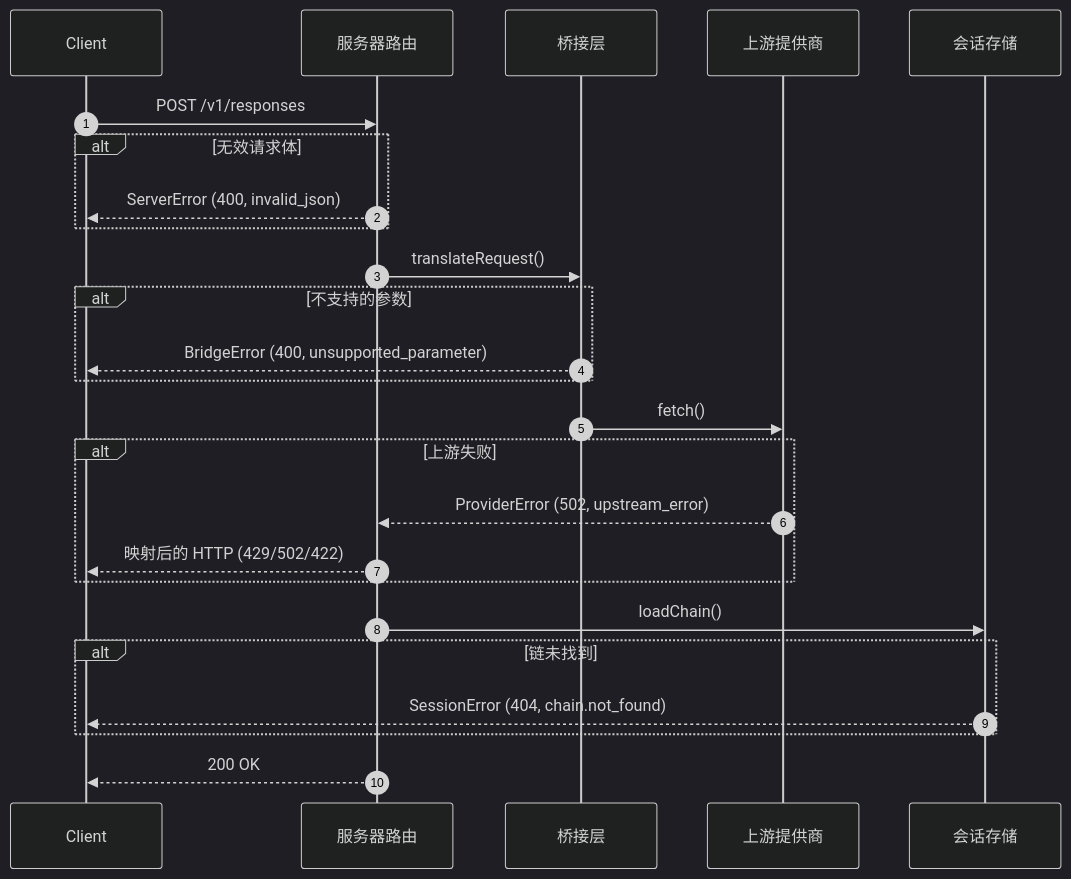
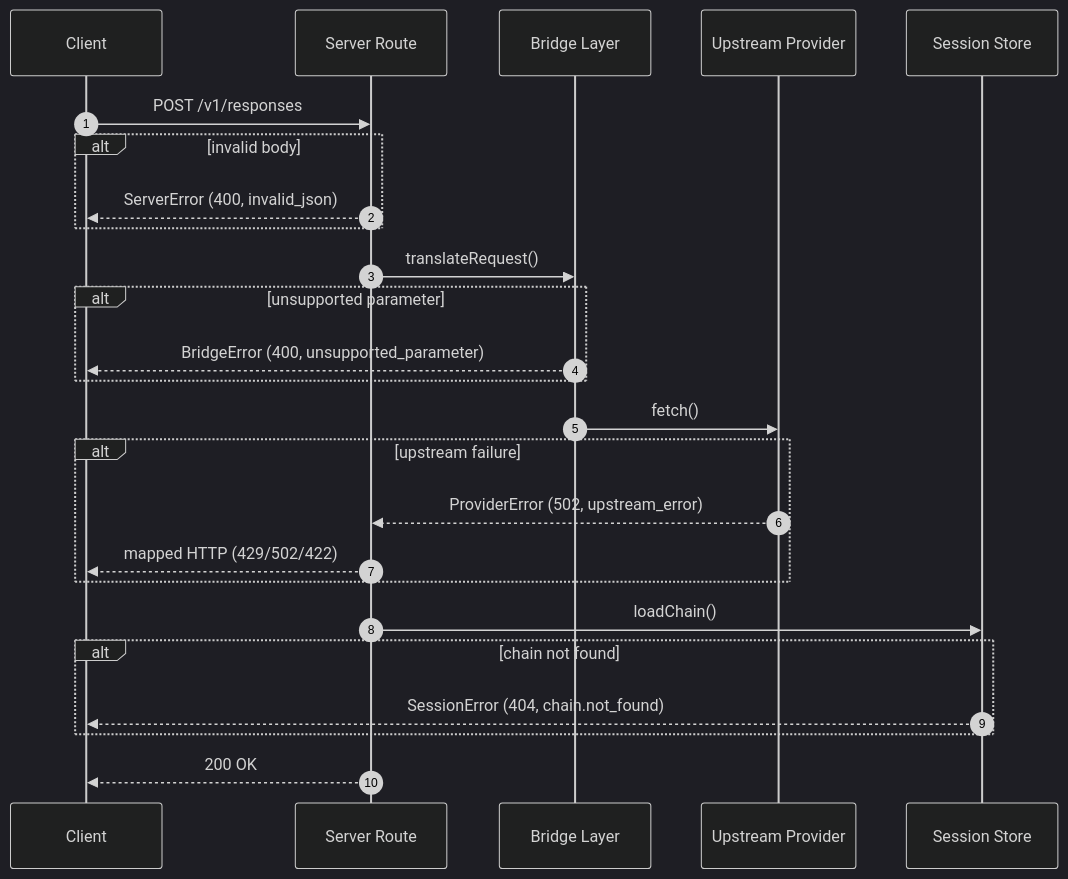
The third of 4 diagrams in wiki/zh/06-error-handling/error-handling.md (Ahoo-Wang/GodeX), drawn with Mermaid (dark theme) before and after one commit. The commit also changed other lines of this file and 36 other files, not shown here.

````diff
--- a/wiki/zh/06-error-handling/error-handling.md
+++ b/wiki/zh/06-error-handling/error-handling.md
@@ -149,28 +154,28 @@
 ```mermaid
 sequenceDiagram
     autonumber
     participant Client
-    participant Server as 服务器路由
-    participant Bridge as 桥接层
-    participant Provider as 上游提供商
-    participant Store as 会话存储
+    participant Server as Server Route
+    participant Bridge as Bridge Layer
+    participant Provider as Upstream Provider
+    participant Store as Session Store
 
     Client->>Server: POST /v1/responses
-    alt 无效请求体
+    alt invalid body
         Server-->>Client: ServerError (400, invalid_json)
     end
     Server->>Bridge: translateRequest()
-    alt 不支持的参数
+    alt unsupported parameter
         Bridge-->>Client: BridgeError (400, unsupported_parameter)
     end
     Bridge->>Provider: fetch()
-    alt 上游失败
+    alt upstream failure
         Provider-->>Server: ProviderError (502, upstream_error)
-        Server-->>Client: 映射后的 HTTP (429/502/422)
+        Server-->>Client: mapped HTTP (429/502/422)
     end
     Server->>Store: loadChain()
-    alt 链未找到
+    alt chain not found
         Store-->>Client: SessionError (404, chain.not_found)
     end
     Server-->>Client: 200 OK
 ```
````
